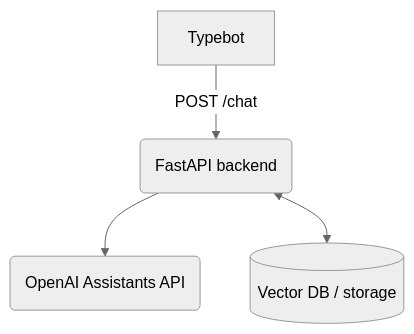
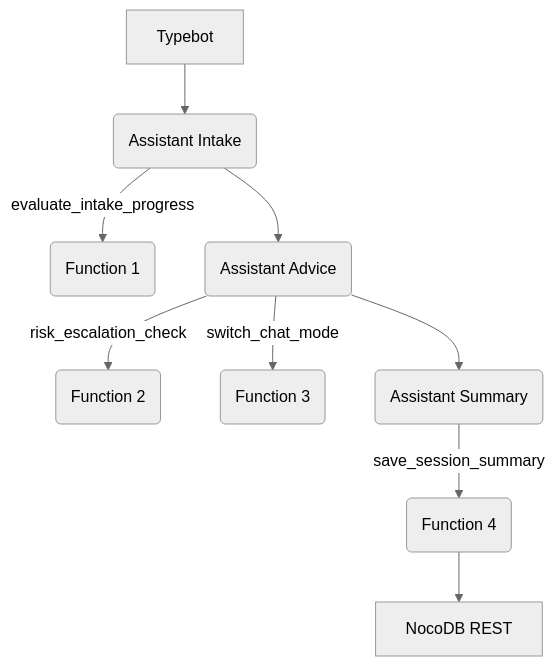
The diagram in docs/architecture.md (aalejandroaraujo/mhtp-chat-backend), drawn with Mermaid (neutral theme) before and after one commit. The commit also changed other lines of this file and 12 other files, not shown here.

````diff
--- a/docs/architecture.md
+++ b/docs/architecture.md
@@ -1,6 +1,11 @@
 ```mermaid
 graph TD
-  A[Typebot] -->|POST /chat| B(FastAPI backend)
-  B --> C(OpenAI Assistants API)
-  B <--> D[(Vector DB / storage)]
+  A[Typebot] --> B(Assistant Intake)
+  B -->|evaluate_intake_progress| C(Function 1)
+  B --> D(Assistant Advice)
+  D -->|risk_escalation_check| E(Function 2)
+  D -->|switch_chat_mode| F(Function 3)
+  D --> G(Assistant Summary)
+  G -->|save_session_summary| H(Function 4)
+  H --> I[NocoDB REST]
 ```
````
